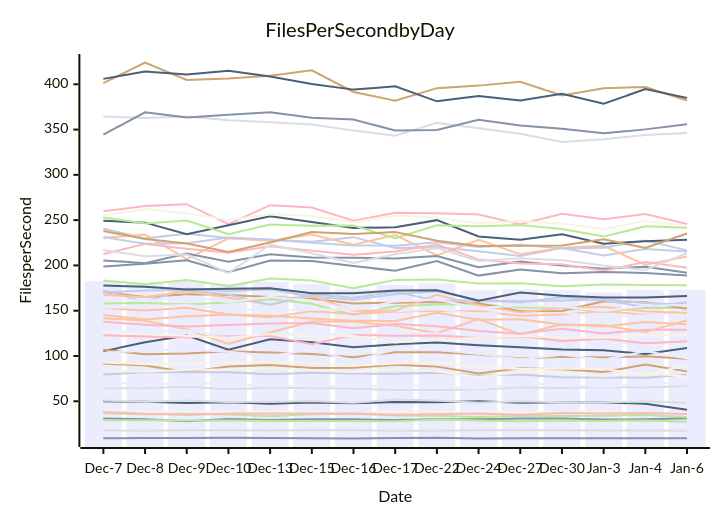
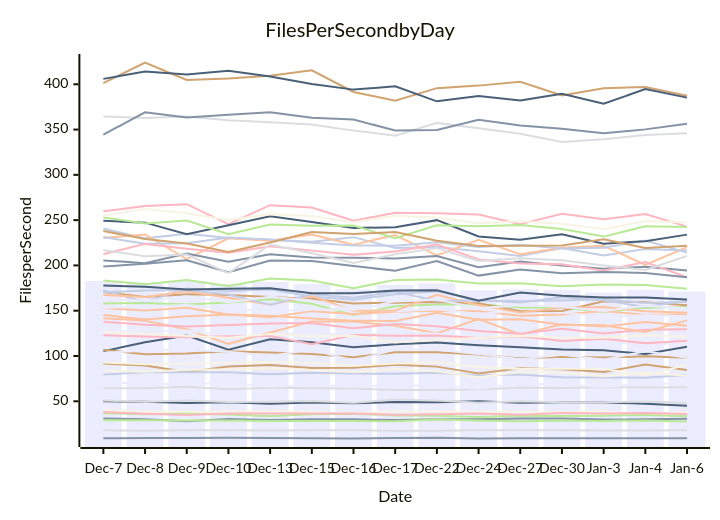
The diagram in perf-report.md (streetsidesoftware/cspell), drawn with Mermaid before and after one commit. The commit also changed other lines of this file and 1 other file, not shown here.

````diff
--- a/perf-report.md
+++ b/perf-report.md
@@ -10,57 +10,57 @@
 ```mermaid
 xychart-beta
     title Files Per Second by Day
     y-axis Files per Second
     x-axis Date [Dec-7, Dec-8, Dec-9, Dec-10, Dec-13, Dec-15, Dec-16, Dec-17, Dec-22, Dec-24, Dec-27, Dec-30, Jan-3, Jan-4, Jan-6]
-    bar [182.83, 180.95, 182.95, 179.19, 181.65, 179.36, 173.64, 178.43, 180.09, 172.48, 173.54, 172.79, 170.07, 172.98, 173.02]
-    line [9.24, 9.33, 9.47, 9.61, 9.47, 9.27, 8.94, 9.45, 9.78, 8.90, 9.07, 9.12, 9.16, 9.11, 9.08]
-    line [141.72, 138.92, 129.58, 113.42, 125.88, 138.00, 137.98, 133.31, 125.20, 140.89, 123.76, 134.99, 132.64, 137.41, 135.02]
-    line [64.46, 64.51, 66.15, 63.18, 64.91, 64.35, 64.10, 62.51, 62.39, 63.01, 65.26, 64.66, 65.89, 65.11, 66.85]
-    line [157.97, 158.53, 156.72, 159.18, 162.67, 157.64, 145.39, 155.01, 156.77, 157.19, 153.46, 153.21, 148.91, 153.20, 152.97]
-    line [401.19, 424.05, 404.78, 406.35, 409.54, 415.50, 391.53, 381.89, 395.71, 398.52, 402.79, 387.60, 395.60, 397.05, 381.93]
-    line [240.69, 229.87, 234.86, 230.17, 228.31, 226.27, 231.21, 219.13, 220.31, 215.56, 210.39, 219.17, 210.98, 218.13, 215.49]
-    line [137.92, 134.36, 132.66, 134.27, 135.78, 136.38, 130.55, 135.39, 132.89, 127.54, 124.61, 130.19, 124.72, 128.97, 128.93]
-    line [49.98, 49.59, 47.97, 48.84, 47.30, 48.59, 47.94, 49.07, 48.96, 49.98, 48.46, 48.82, 48.74, 47.38, 40.74]
-    line [39.98, 38.54, 38.36, 38.36, 38.81, 38.12, 36.63, 38.97, 38.70, 38.32, 38.26, 37.85, 38.77, 36.54, 37.24]
-    line [71.06, 69.32, 68.69, 70.43, 66.11, 67.91, 65.71, 68.06, 67.11, 63.78, 69.83, 68.15, 65.99, 69.11, 70.50]
-    line [30.89, 30.17, 27.90, 30.55, 29.22, 30.21, 30.10, 29.27, 30.24, 30.04, 30.99, 30.88, 29.79, 30.12, 31.18]
-    line [230.39, 234.25, 206.87, 229.87, 227.19, 234.07, 222.96, 233.49, 211.10, 228.39, 212.27, 219.38, 221.60, 200.66, 209.82]
-    line [17.91, 17.46, 17.89, 18.13, 17.78, 18.13, 17.93, 17.37, 17.53, 18.08, 17.97, 17.93, 17.83, 17.83, 17.57]
-    line [36.91, 35.78, 36.33, 35.41, 33.56, 35.56, 36.21, 34.19, 33.89, 32.69, 33.95, 33.78, 33.96, 34.86, 32.68]
-    line [91.60, 89.44, 82.46, 88.30, 90.18, 86.83, 87.07, 90.37, 88.26, 80.81, 86.47, 85.34, 82.22, 90.61, 83.00]
-    line [231.28, 223.81, 224.38, 230.73, 228.56, 225.00, 222.02, 221.71, 225.51, 220.33, 222.69, 218.79, 219.63, 227.40, 216.61]
-    line [259.75, 265.50, 267.60, 245.47, 266.55, 263.96, 249.42, 258.13, 257.62, 256.30, 245.45, 257.10, 251.12, 256.72, 245.83]
-    line [105.20, 115.20, 122.48, 107.06, 118.54, 115.18, 109.59, 113.00, 115.03, 111.88, 109.68, 107.07, 106.25, 102.14, 108.92]
-    line [92.84, 90.85, 91.43, 92.60, 93.37, 91.85, 89.18, 91.59, 93.06, 87.76, 85.72, 85.81, 85.78, 78.64, 90.03]
-    line [127.97, 126.37, 128.11, 121.50, 122.96, 125.85, 122.14, 126.07, 124.95, 119.60, 119.43, 120.64, 117.82, 110.33, 118.55]
-    line [205.55, 202.50, 213.14, 203.97, 212.22, 208.88, 208.37, 207.77, 210.28, 198.12, 204.40, 199.78, 196.30, 198.61, 191.87]
-    line [152.95, 150.14, 153.13, 145.78, 142.78, 149.53, 146.32, 148.93, 149.89, 149.32, 144.39, 145.93, 149.70, 145.36, 149.15]
-    line [364.48, 362.78, 364.44, 360.18, 358.05, 355.49, 348.84, 343.31, 357.38, 351.53, 345.39, 336.17, 339.40, 343.93, 346.25]
-    line [183.39, 179.18, 183.86, 177.29, 185.44, 183.45, 174.84, 184.02, 184.52, 180.06, 180.25, 176.99, 178.92, 178.38, 178.01]
-    line [106.80, 101.95, 102.69, 105.10, 103.83, 102.19, 98.64, 104.01, 104.04, 101.53, 97.16, 99.08, 98.33, 99.60, 97.02]
-    line [79.45, 81.95, 82.06, 81.96, 79.96, 81.37, 80.53, 80.51, 81.49, 78.49, 79.44, 76.50, 76.34, 76.08, 79.19]
-    line [212.41, 223.76, 218.34, 214.11, 221.23, 216.34, 211.66, 215.40, 222.98, 206.68, 202.06, 201.20, 194.13, 203.79, 197.50]
-    line [249.28, 247.23, 234.36, 244.44, 254.37, 247.88, 241.35, 242.19, 249.98, 231.90, 228.38, 234.40, 224.05, 226.75, 228.39]
-    line [83.80, 82.54, 84.79, 85.17, 86.33, 84.51, 82.32, 85.67, 83.25, 76.44, 82.43, 81.41, 77.52, 81.68, 77.08]
-    line [153.33, 154.58, 156.25, 152.15, 149.54, 151.43, 151.38, 149.35, 151.56, 146.50, 150.10, 148.04, 143.32, 145.06, 149.23]
-    line [198.75, 201.98, 205.78, 192.58, 205.45, 204.82, 199.34, 194.10, 204.78, 188.75, 195.62, 191.45, 192.64, 191.68, 188.86]
-    line [145.14, 140.38, 143.82, 145.78, 144.45, 141.51, 138.80, 138.75, 147.65, 140.01, 140.67, 134.58, 133.84, 126.46, 139.33]
-    line [216.82, 210.15, 212.06, 191.55, 223.01, 213.39, 202.82, 212.32, 219.19, 204.86, 207.97, 205.76, 199.93, 194.96, 213.42]
-    line [253.00, 246.33, 249.46, 234.43, 245.12, 243.88, 243.97, 230.01, 244.43, 243.32, 244.74, 240.28, 231.82, 243.15, 241.55]
-    line [170.66, 165.03, 168.12, 167.40, 165.15, 163.12, 158.04, 158.90, 159.56, 158.26, 149.38, 149.63, 160.44, 159.38, 152.08]
-    line [172.41, 159.51, 174.62, 171.51, 173.65, 165.49, 162.20, 168.07, 171.52, 161.55, 160.38, 161.25, 162.72, 158.59, 156.96]
-    line [122.77, 121.45, 120.76, 121.79, 122.20, 112.97, 123.23, 122.39, 122.57, 119.82, 121.66, 116.64, 119.03, 114.16, 116.28]
-    line [405.98, 414.20, 410.80, 414.80, 408.65, 400.36, 394.11, 397.72, 381.16, 387.10, 382.18, 389.40, 378.43, 394.66, 384.96]
-    line [255.24, 262.31, 257.60, 250.13, 256.58, 254.55, 247.67, 254.88, 252.93, 246.70, 248.73, 245.95, 240.13, 248.92, 243.92]
-    line [103.46, 105.91, 107.21, 104.66, 100.11, 107.13, 94.87, 107.05, 106.83, 102.33, 96.35, 101.39, 95.92, 105.11, 97.45]
-    line [344.39, 369.08, 363.46, 366.29, 369.00, 363.03, 361.09, 348.96, 349.43, 360.81, 354.60, 350.95, 345.98, 350.21, 355.76]
-    line [167.47, 165.08, 171.54, 164.38, 156.51, 166.27, 150.03, 149.99, 167.61, 155.99, 148.15, 153.37, 154.17, 149.42, 147.47]
-    line [50.97, 49.51, 50.73, 49.15, 49.54, 50.29, 48.39, 51.90, 50.84, 48.41, 49.94, 48.88, 48.70, 49.88, 48.38]
-    line [29.09, 29.10, 28.75, 28.65, 28.35, 28.26, 28.09, 27.81, 29.86, 28.77, 27.94, 28.71, 28.29, 28.89, 27.52]
-    line [238.08, 229.24, 224.19, 214.79, 225.36, 236.86, 234.70, 236.77, 227.25, 221.39, 221.64, 222.00, 228.77, 219.30, 235.23]
-    line [170.29, 172.44, 172.82, 167.78, 156.48, 168.20, 164.35, 171.17, 160.66, 161.47, 159.18, 164.75, 161.43, 154.09, 159.46]
-    line [38.11, 36.16, 34.90, 36.59, 36.61, 36.51, 36.62, 35.07, 35.79, 36.55, 35.09, 36.98, 36.38, 37.08, 36.03]
-    line [177.85, 176.41, 173.41, 174.24, 174.74, 169.36, 169.15, 172.44, 172.46, 160.97, 170.04, 166.42, 164.47, 164.70, 166.18]
-    line [126.51, 124.16, 122.14, 120.17, 124.20, 121.82, 122.30, 114.99, 117.98, 119.98, 122.26, 120.11, 120.07, 122.96, 123.10]
-    line [164.08, 160.40, 166.00, 159.37, 165.42, 161.29, 150.68, 160.30, 162.32, 152.82, 156.10, 154.49, 149.59, 155.51, 156.39]
+    bar [182.83, 180.95, 182.95, 179.19, 181.65, 179.36, 173.64, 178.43, 180.09, 172.48, 173.54, 172.79, 170.07, 172.98, 171.06]
+    line [9.24, 9.33, 9.47, 9.61, 9.47, 9.27, 8.94, 9.45, 9.78, 8.90, 9.07, 9.12, 9.16, 9.11, 9.12]
+    line [141.72, 138.92, 129.58, 113.42, 125.88, 138.00, 137.98, 133.31, 125.20, 140.89, 123.76, 134.99, 132.64, 137.41, 133.47]
+    line [64.46, 64.51, 66.15, 63.18, 64.91, 64.35, 64.10, 62.51, 62.39, 63.01, 65.26, 64.66, 65.89, 65.11, 65.47]
+    line [157.97, 158.53, 156.72, 159.18, 162.67, 157.64, 145.39, 155.01, 156.77, 157.19, 153.46, 153.21, 148.91, 153.20, 154.41]
+    line [401.19, 424.05, 404.78, 406.35, 409.54, 415.50, 391.53, 381.89, 395.71, 398.52, 402.79, 387.60, 395.60, 397.05, 387.31]
+    line [240.69, 229.87, 234.86, 230.17, 228.31, 226.27, 231.21, 219.13, 220.31, 215.56, 210.39, 219.17, 210.98, 218.13, 216.47]
+    line [137.92, 134.36, 132.66, 134.27, 135.78, 136.38, 130.55, 135.39, 132.89, 127.54, 124.61, 130.19, 124.72, 128.97, 129.63]
+    line [49.98, 49.59, 47.97, 48.84, 47.30, 48.59, 47.94, 49.07, 48.96, 49.98, 48.46, 48.82, 48.74, 47.38, 44.97]
+    line [39.98, 38.54, 38.36, 38.36, 38.81, 38.12, 36.63, 38.97, 38.70, 38.32, 38.26, 37.85, 38.77, 36.54, 38.02]
+    line [71.06, 69.32, 68.69, 70.43, 66.11, 67.91, 65.71, 68.06, 67.11, 63.78, 69.83, 68.15, 65.99, 69.11, 69.77]
+    line [30.89, 30.17, 27.90, 30.55, 29.22, 30.21, 30.10, 29.27, 30.24, 30.04, 30.99, 30.88, 29.79, 30.12, 30.58]
+    line [230.39, 234.25, 206.87, 229.87, 227.19, 234.07, 222.96, 233.49, 211.10, 228.39, 212.27, 219.38, 221.60, 200.66, 220.18]
+    line [17.91, 17.46, 17.89, 18.13, 17.78, 18.13, 17.93, 17.37, 17.53, 18.08, 17.97, 17.93, 17.83, 17.83, 17.89]
+    line [36.91, 35.78, 36.33, 35.41, 33.56, 35.56, 36.21, 34.19, 33.89, 32.69, 33.95, 33.78, 33.96, 34.86, 33.41]
+    line [91.60, 89.44, 82.46, 88.30, 90.18, 86.83, 87.07, 90.37, 88.26, 80.81, 86.47, 85.34, 82.22, 90.61, 84.54]
+    line [231.28, 223.81, 224.38, 230.73, 228.56, 225.00, 222.02, 221.71, 225.51, 220.33, 222.69, 218.79, 219.63, 227.40, 214.16]
+    line [259.75, 265.50, 267.60, 245.47, 266.55, 263.96, 249.42, 258.13, 257.62, 256.30, 245.45, 257.10, 251.12, 256.72, 242.84]
+    line [105.20, 115.20, 122.48, 107.06, 118.54, 115.18, 109.59, 113.00, 115.03, 111.88, 109.68, 107.07, 106.25, 102.14, 110.16]
+    line [92.84, 90.85, 91.43, 92.60, 93.37, 91.85, 89.18, 91.59, 93.06, 87.76, 85.72, 85.81, 85.78, 78.64, 90.27]
+    line [127.97, 126.37, 128.11, 121.50, 122.96, 125.85, 122.14, 126.07, 124.95, 119.60, 119.43, 120.64, 117.82, 110.33, 116.53]
+    line [205.55, 202.50, 213.14, 203.97, 212.22, 208.88, 208.37, 207.77, 210.28, 198.12, 204.40, 199.78, 196.30, 198.61, 194.45]
+    line [152.95, 150.14, 153.13, 145.78, 142.78, 149.53, 146.32, 148.93, 149.89, 149.32, 144.39, 145.93, 149.70, 145.36, 146.19]
+    line [364.48, 362.78, 364.44, 360.18, 358.05, 355.49, 348.84, 343.31, 357.38, 351.53, 345.39, 336.17, 339.40, 343.93, 345.83]
+    line [183.39, 179.18, 183.86, 177.29, 185.44, 183.45, 174.84, 184.02, 184.52, 180.06, 180.25, 176.99, 178.92, 178.38, 174.22]
+    line [106.80, 101.95, 102.69, 105.10, 103.83, 102.19, 98.64, 104.01, 104.04, 101.53, 97.16, 99.08, 98.33, 99.60, 97.96]
+    line [79.45, 81.95, 82.06, 81.96, 79.96, 81.37, 80.53, 80.51, 81.49, 78.49, 79.44, 76.50, 76.34, 76.08, 79.03]
+    line [212.41, 223.76, 218.34, 214.11, 221.23, 216.34, 211.66, 215.40, 222.98, 206.68, 202.06, 201.20, 194.13, 203.79, 186.99]
+    line [249.28, 247.23, 234.36, 244.44, 254.37, 247.88, 241.35, 242.19, 249.98, 231.90, 228.38, 234.40, 224.05, 226.75, 234.01]
+    line [83.80, 82.54, 84.79, 85.17, 86.33, 84.51, 82.32, 85.67, 83.25, 76.44, 82.43, 81.41, 77.52, 81.68, 78.20]
+    line [153.33, 154.58, 156.25, 152.15, 149.54, 151.43, 151.38, 149.35, 151.56, 146.50, 150.10, 148.04, 143.32, 145.06, 144.14]
+    line [198.75, 201.98, 205.78, 192.58, 205.45, 204.82, 199.34, 194.10, 204.78, 188.75, 195.62, 191.45, 192.64, 191.68, 186.85]
+    line [145.14, 140.38, 143.82, 145.78, 144.45, 141.51, 138.80, 138.75, 147.65, 140.01, 140.67, 134.58, 133.84, 126.46, 139.31]
+    line [216.82, 210.15, 212.06, 191.55, 223.01, 213.39, 202.82, 212.32, 219.19, 204.86, 207.97, 205.76, 199.93, 194.96, 210.48]
+    line [253.00, 246.33, 249.46, 234.43, 245.12, 243.88, 243.97, 230.01, 244.43, 243.32, 244.74, 240.28, 231.82, 243.15, 242.35]
+    line [170.66, 165.03, 168.12, 167.40, 165.15, 163.12, 158.04, 158.90, 159.56, 158.26, 149.38, 149.63, 160.44, 159.38, 155.94]
+    line [172.41, 159.51, 174.62, 171.51, 173.65, 165.49, 162.20, 168.07, 171.52, 161.55, 160.38, 161.25, 162.72, 158.59, 160.02]
+    line [122.77, 121.45, 120.76, 121.79, 122.20, 112.97, 123.23, 122.39, 122.57, 119.82, 121.66, 116.64, 119.03, 114.16, 116.74]
+    line [405.98, 414.20, 410.80, 414.80, 408.65, 400.36, 394.11, 397.72, 381.16, 387.10, 382.18, 389.40, 378.43, 394.66, 385.25]
+    line [255.24, 262.31, 257.60, 250.13, 256.58, 254.55, 247.67, 254.88, 252.93, 246.70, 248.73, 245.95, 240.13, 248.92, 247.35]
+    line [103.46, 105.91, 107.21, 104.66, 100.11, 107.13, 94.87, 107.05, 106.83, 102.33, 96.35, 101.39, 95.92, 105.11, 98.16]
+    line [344.39, 369.08, 363.46, 366.29, 369.00, 363.03, 361.09, 348.96, 349.43, 360.81, 354.60, 350.95, 345.98, 350.21, 356.35]
+    line [167.47, 165.08, 171.54, 164.38, 156.51, 166.27, 150.03, 149.99, 167.61, 155.99, 148.15, 153.37, 154.17, 149.42, 147.86]
+    line [50.97, 49.51, 50.73, 49.15, 49.54, 50.29, 48.39, 51.90, 50.84, 48.41, 49.94, 48.88, 48.70, 49.88, 48.16]
+    line [29.09, 29.10, 28.75, 28.65, 28.35, 28.26, 28.09, 27.81, 29.86, 28.77, 27.94, 28.71, 28.29, 28.89, 27.76]
+    line [238.08, 229.24, 224.19, 214.79, 225.36, 236.86, 234.70, 236.77, 227.25, 221.39, 221.64, 222.00, 228.77, 219.30, 221.68]
+    line [170.29, 172.44, 172.82, 167.78, 156.48, 168.20, 164.35, 171.17, 160.66, 161.47, 159.18, 164.75, 161.43, 154.09, 160.97]
+    line [38.11, 36.16, 34.90, 36.59, 36.61, 36.51, 36.62, 35.07, 35.79, 36.55, 35.09, 36.98, 36.38, 37.08, 36.07]
+    line [177.85, 176.41, 173.41, 174.24, 174.74, 169.36, 169.15, 172.44, 172.46, 160.97, 170.04, 166.42, 164.47, 164.70, 162.35]
+    line [126.51, 124.16, 122.14, 120.17, 124.20, 121.82, 122.30, 114.99, 117.98, 119.98, 122.26, 120.11, 120.07, 122.96, 121.36]
+    line [164.08, 160.40, 166.00, 159.37, 165.42, 161.29, 150.68, 160.30, 162.32, 152.82, 156.10, 154.49, 149.59, 155.51, 152.61]
 ```
````
